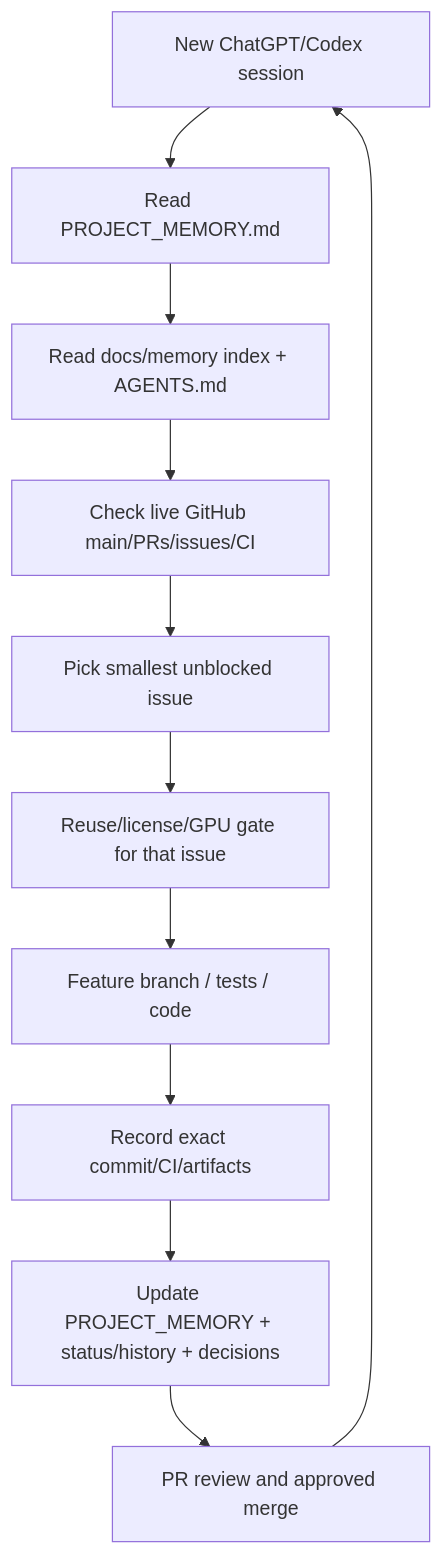
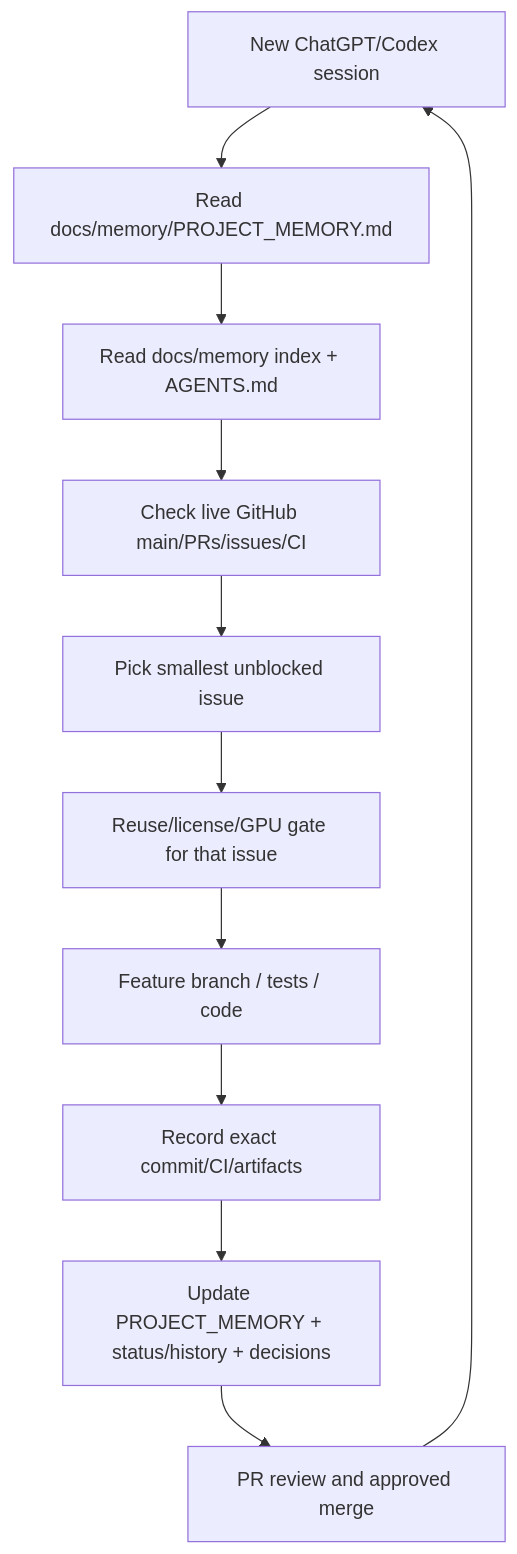
Before and after one commit to anneshabiswaas22-collab/video-gen: the eighth of 8 diagrams in docs/memory/ARCHITECTURE_AND_WORKFLOW_DIAGRAMS.md, drawn with Mermaid. The commit also changed 2231 other files, not shown here.

````diff
--- a/docs/memory/ARCHITECTURE_AND_WORKFLOW_DIAGRAMS.md
+++ b/docs/memory/ARCHITECTURE_AND_WORKFLOW_DIAGRAMS.md
@@ -174,13 +174,13 @@
 ```mermaid
 flowchart TD
-    START["New ChatGPT/Codex session"] --> MEMORY["Read PROJECT_MEMORY.md"]
+    START["New ChatGPT/Codex session"] --> MEMORY["Read docs/memory/PROJECT_MEMORY.md"]
     MEMORY --> GUIDES["Read docs/memory index + AGENTS.md"]
     GUIDES --> LIVE["Check live GitHub main/PRs/issues/CI"]
     LIVE --> TASK["Pick smallest unblocked issue"]
     TASK --> STUDY["Reuse/license/GPU gate for that issue"]
     STUDY --> IMPLEMENT["Feature branch / tests / code"]
     IMPLEMENT --> EVIDENCE["Record exact commit/CI/artifacts"]
     EVIDENCE --> UPDATE["Update PROJECT_MEMORY + status/history + decisions"]
     UPDATE --> PR["PR review and approved merge"]
     PR --> START
 ```
````
